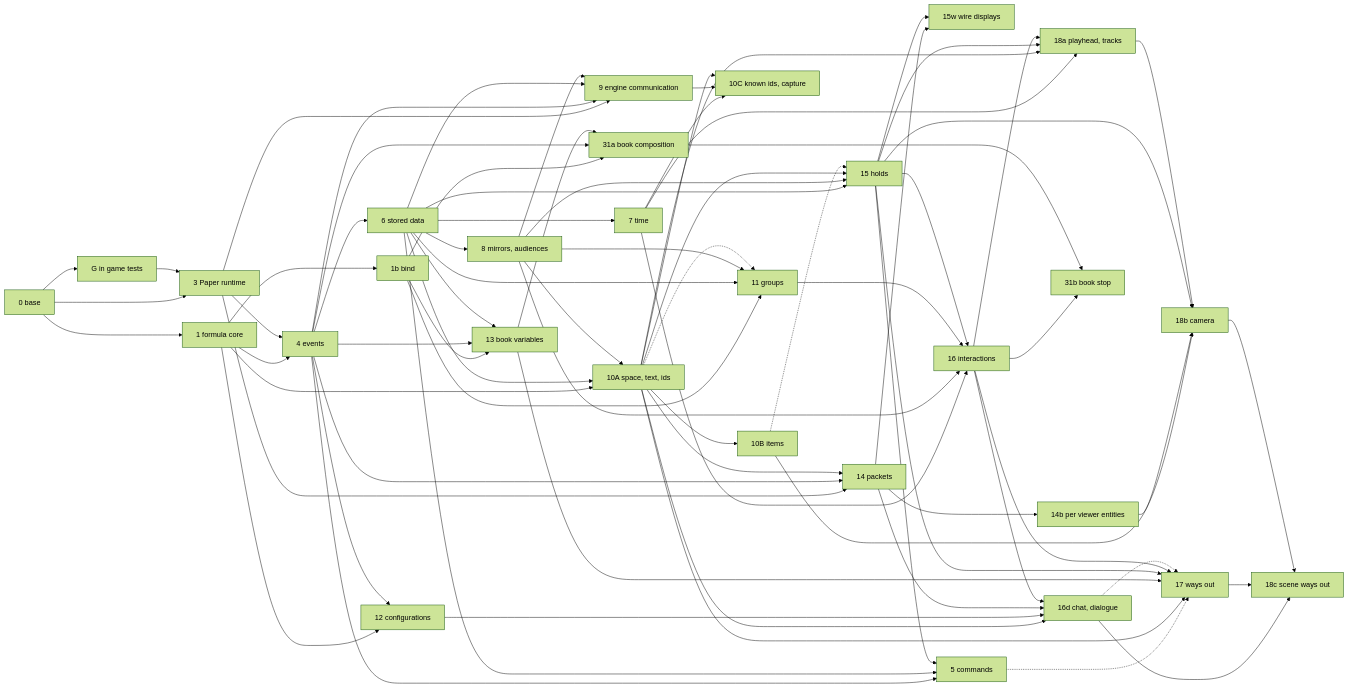
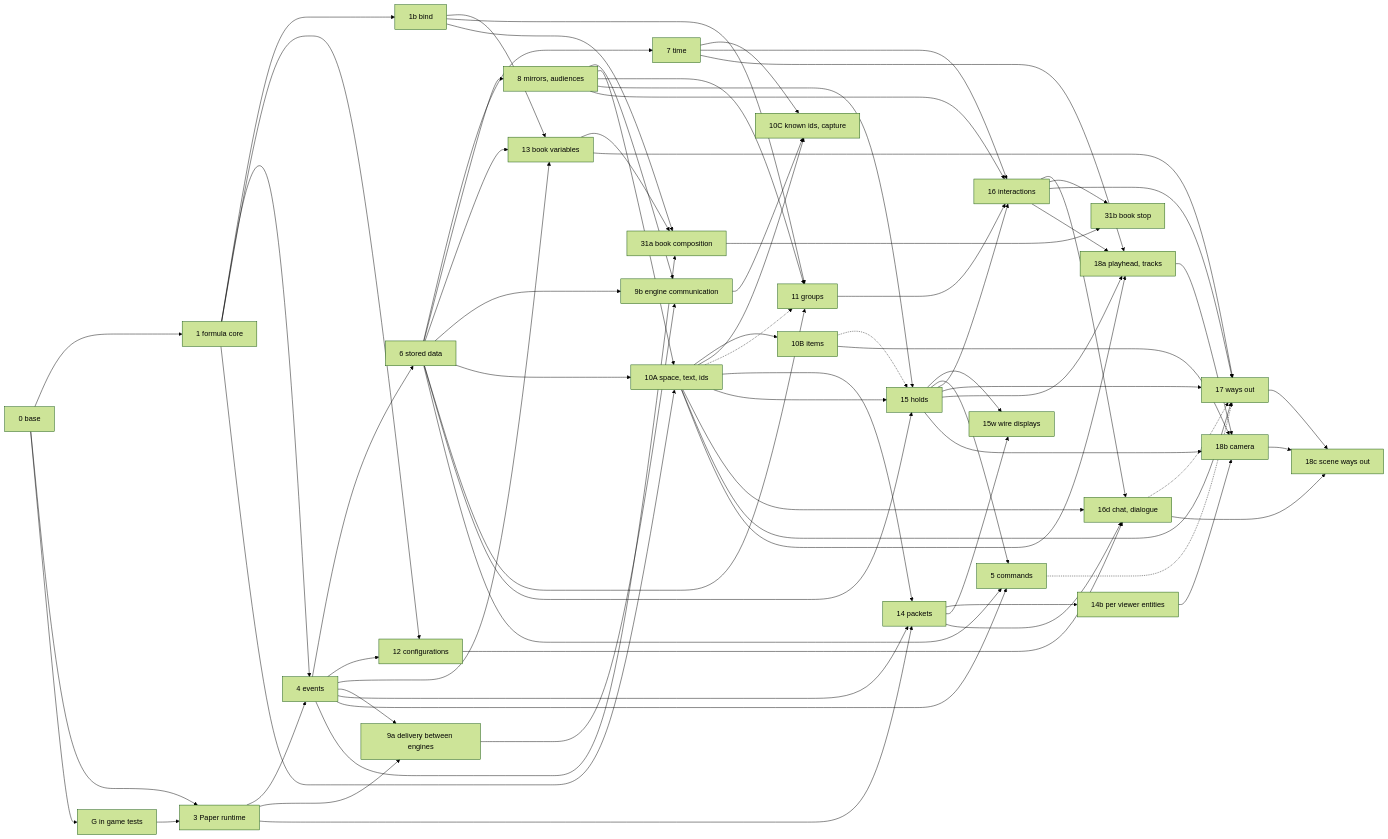
The diagram in docs/design/build-graph.md (gabber235/Typewriter), drawn with Mermaid (forest theme) before and after one commit. The commit also changed other lines of this file and 1 other file, not shown here.

````diff
--- a/docs/design/build-graph.md
+++ b/docs/design/build-graph.md
@@ -17,76 +17,77 @@
 ```mermaid
 graph LR
   L0[0 base] --> L1[1 formula core]
   L0 --> L3[3 Paper runtime]
   L0 --> G[G in game tests]
   G --> L3
   L1 --> L1b[1b bind]
   L1 --> L4[4 events]
   L3 --> L4
   L4 --> L6[6 stored data]
   L1 --> L12[12 configurations]
   L4 --> L12
   L6 --> L7[7 time]
   L6 --> L8[8 mirrors, audiences]
   L1b --> L13[13 book variables]
   L4 --> L13
   L6 --> L13
-  L3 --> L9[9 engine communication]
-  L4 --> L9
-  L6 --> L9
-  L8 --> L9
+  L3 --> L9a[9a delivery between engines]
+  L4 --> L9a
+  L9a --> L9b[9b engine communication]
+  L6 --> L9b
+  L8 --> L9b
   L1 --> L10A[10A space, text, ids]
   L6 --> L10A
   L8 --> L10A
   L10A --> L10B[10B items]
   L7 --> L10C[10C known ids, capture]
-  L9 --> L10C
+  L9b --> L10C
   L10A --> L10C
   L1b --> L11[11 groups]
   L6 --> L11
   L8 --> L11
   L10A -.-> L11
   L3 --> L14[14 packets]
   L4 --> L14
   L10A --> L14
   L14 --> L14b[14b per viewer entities]
   L6 --> L15[15 holds]
   L8 --> L15
   L10A --> L15
   L10B -.-> L15
   L14 --> L15w[15w wire displays]
   L15 --> L15w
   L4 --> L5[5 commands]
   L6 --> L5
   L15 --> L5
   L7 --> L16[16 interactions]
   L8 --> L16
   L11 --> L16
   L15 --> L16
   L10A --> L16d[16d chat, dialogue]
   L12 --> L16d
   L14 --> L16d
   L16 --> L16d
   L1b --> L31a[31a book composition]
   L4 --> L31a
   L13 --> L31a
   L16 --> L31b[31b book stop]
   L31a --> L31b
   L5 -.-> L17[17 ways out]
   L10A --> L17
   L13 --> L17
   L15 --> L17
   L16 --> L17
   L16d -.-> L17
   L7 --> L18a[18a playhead, tracks]
   L10A --> L18a
   L15 --> L18a
   L16 --> L18a
   L10B --> L18b[18b camera]
   L14b --> L18b
   L15 --> L18b
   L18a --> L18b
   L16d --> L18c[18c scene ways out]
   L17 --> L18c
   L18b --> L18c
 ```
````
